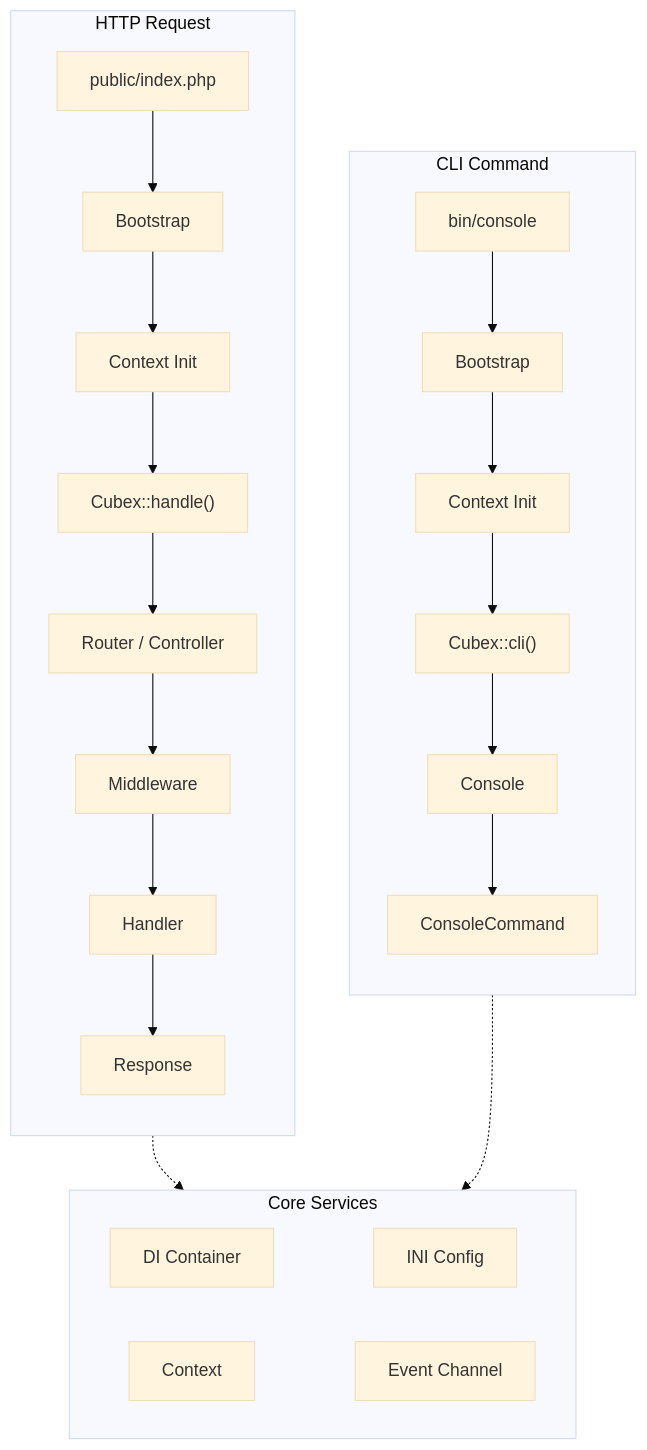
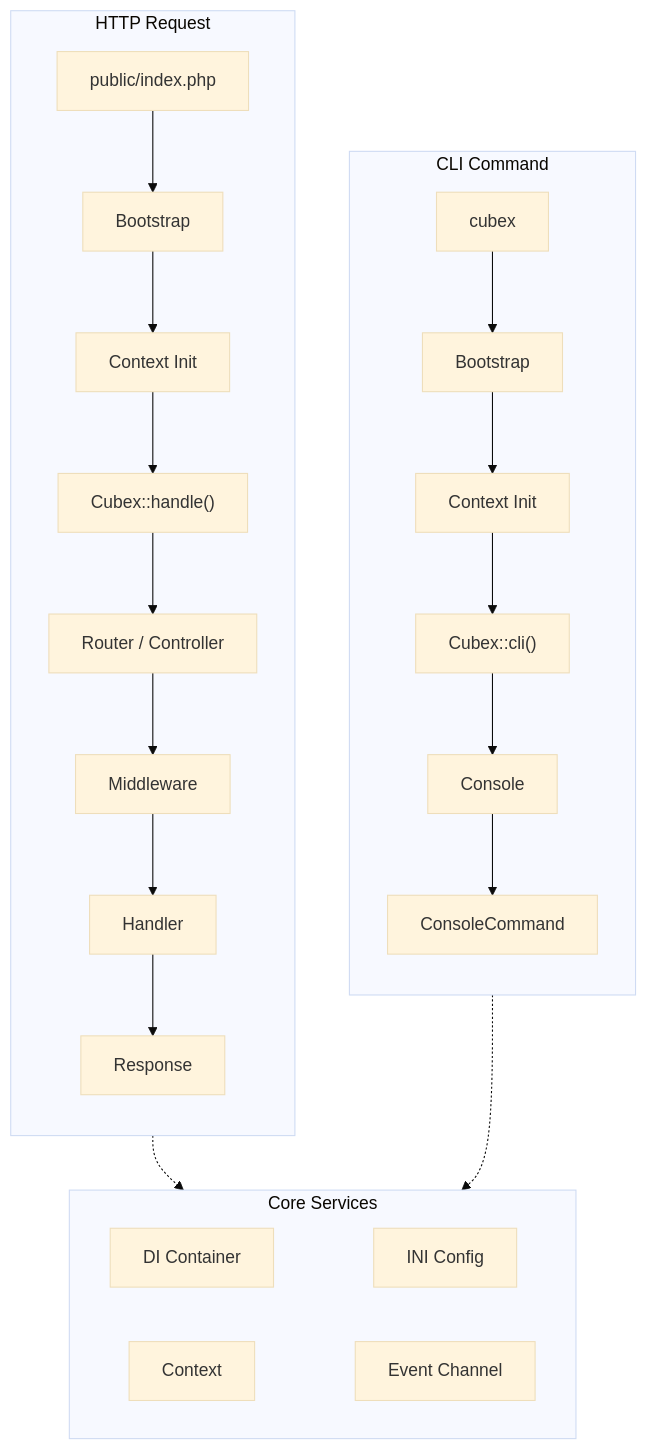
The diagram in docs/index.md (cubex/framework), drawn with Mermaid (base theme) before and after one commit. The commit also changed 6 other files, not shown here.

Commit message:
- update references from bin to cubex file

````diff
--- a/docs/index.md
+++ b/docs/index.md
@@ -73,30 +73,30 @@
 ```mermaid
 flowchart TD
   subgraph HTTP["HTTP Request"]
     direction TB
     Entry["public/index.php"] --> CubexBoot["Bootstrap"]
     CubexBoot --> CtxInit["Context Init"]
     CtxInit --> Handle["Cubex::handle()"]
     Handle --> Router["Router / Controller"]
     Router --> MW["Middleware"]
     MW --> Handler["Handler"]
     Handler --> Response["Response"]
   end
 
   subgraph CLI["CLI Command"]
     direction TB
-    CLIEntry["bin/console"] --> CLIBoot["Bootstrap"]
+    CLIEntry["cubex"] --> CLIBoot["Bootstrap"]
     CLIBoot --> CLICtx["Context Init"]
     CLICtx --> CLICli["Cubex::cli()"]
     CLICli --> Console["Console"]
     Console --> Command["ConsoleCommand"]
   end
 
   subgraph Core["Core Services"]
     DI["DI Container"] ~~~ Config["INI Config"]
     Context["Context"] ~~~ Events["Event Channel"]
   end
 
   HTTP -.-> Core
   CLI -.-> Core
 ```
````
